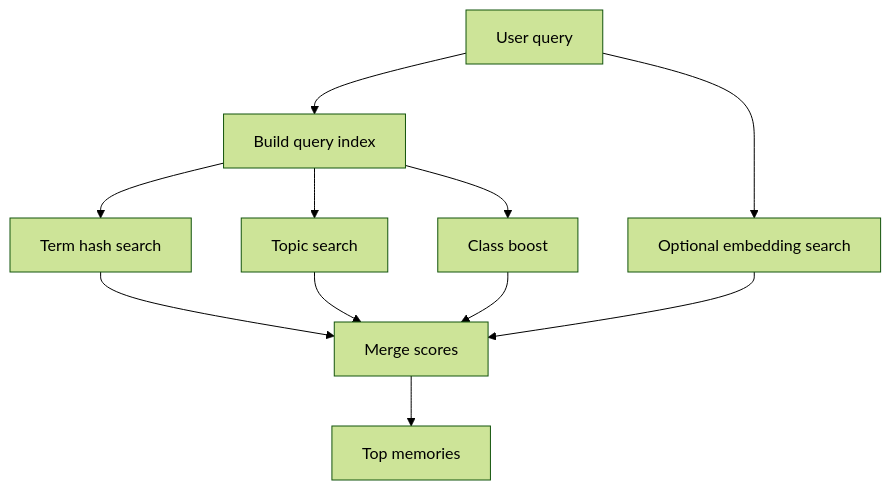
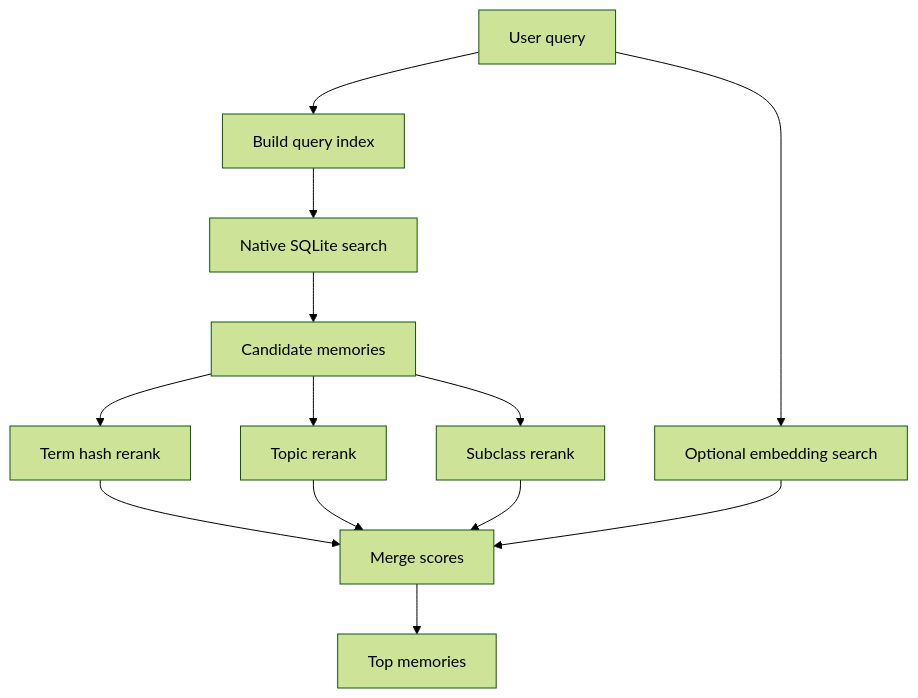
Before and after one commit to amaansyed27/live-runtime: the second of 2 diagrams in docs/memory-history-classifier.md, drawn with Mermaid (forest theme). The commit also changed other lines of this file, not shown here.

Commit message:
Document DB search expansion and classifier evaluation

````diff
--- a/docs/memory-history-classifier.md
+++ b/docs/memory-history-classifier.md
@@ -64,13 +98,15 @@
 ```mermaid
 flowchart TD
     A[User query] --> B[Build query index]
-    B --> C[Term hash search]
-    B --> D[Topic search]
-    B --> E[Class boost]
-    A --> F[Optional embedding search]
-    C --> G[Merge scores]
-    D --> G
-    E --> G
-    F --> G
-    G --> H[Top memories]
+    B --> C[Native SQLite search]
+    C --> D[Candidate memories]
+    D --> E[Term hash rerank]
+    D --> F[Topic rerank]
+    D --> G[Subclass rerank]
+    A --> H[Optional embedding search]
+    E --> I[Merge scores]
+    F --> I
+    G --> I
+    H --> I
+    I --> J[Top memories]
 ```
````
